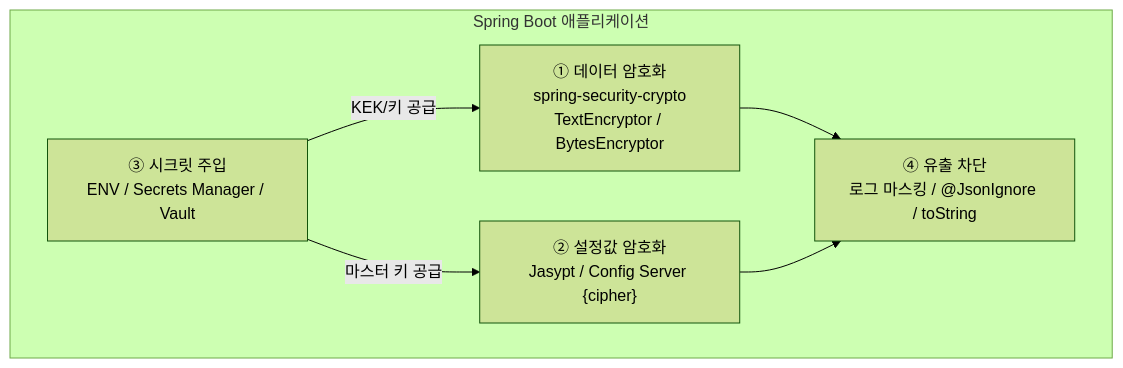
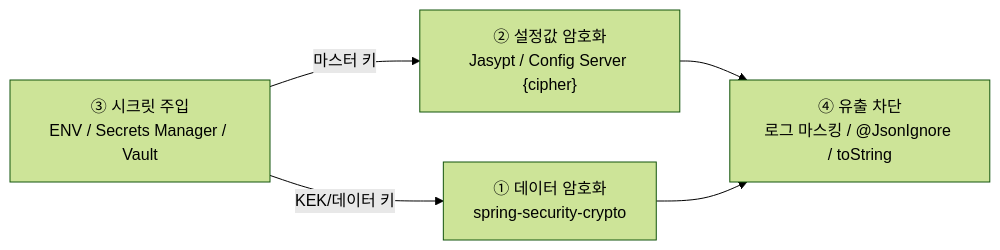
The diagram in security/advanced/03-spring-boot-encryption-practice.md (ktae23/TIL), drawn with Mermaid (forest theme) before and after one commit. The commit also changed other lines of this file and 13 other files, not shown here.

````diff
--- a/security/advanced/03-spring-boot-encryption-practice.md
+++ b/security/advanced/03-spring-boot-encryption-practice.md
@@ -20,14 +20,7 @@
 ```mermaid
-flowchart TB
-    subgraph Boot["Spring Boot 애플리케이션"]
-        D["① 데이터 암호화<br/>spring-security-crypto<br/>TextEncryptor / BytesEncryptor"]
-        C["② 설정값 암호화<br/>Jasypt / Config Server {cipher}"]
-        S["③ 시크릿 주입<br/>ENV / Secrets Manager / Vault"]
-        L["④ 유출 차단<br/>로그 마스킹 / @JsonIgnore / toString"]
-    end
-
-    S -->|마스터 키 공급| C
-    S -->|KEK/키 공급| D
+flowchart LR
+    S["③ 시크릿 주입<br/>ENV / Secrets Manager / Vault"] -->|마스터 키| C["② 설정값 암호화<br/>Jasypt / Config Server {cipher}"]
+    S -->|KEK/데이터 키| D["① 데이터 암호화<br/>spring-security-crypto"]
+    C --> L["④ 유출 차단<br/>로그 마스킹 / @JsonIgnore / toString"]
     D --> L
-    C --> L
 ```
````
